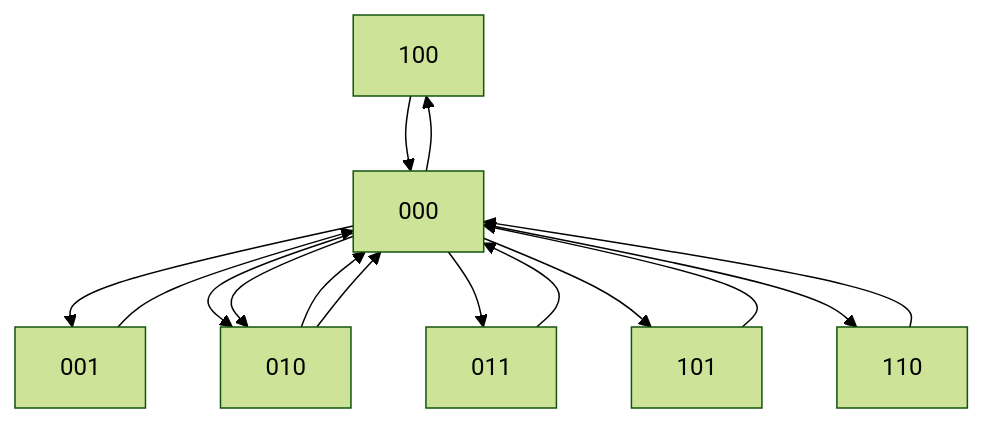
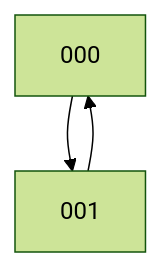
Before and after one commit to facumruiz/Plantilla_DigitalesPIC18: the diagram in README.md, drawn with Mermaid (forest theme).

````diff
--- a/README.md
+++ b/README.md
@@ -57,19 +57,8 @@
 ```mermaid
 graph TD;
     000-->001;
     001-->000;
-    000-->010;
-    010-->000;
-    000-->011;
-    011-->000;
-    000-->100;
-    100-->000;
-    000-->101;
-    101-->000;
-    000-->010;
-    010-->000;
-    000-->110;
-    110-->000;
+
   
     
 ```
````
